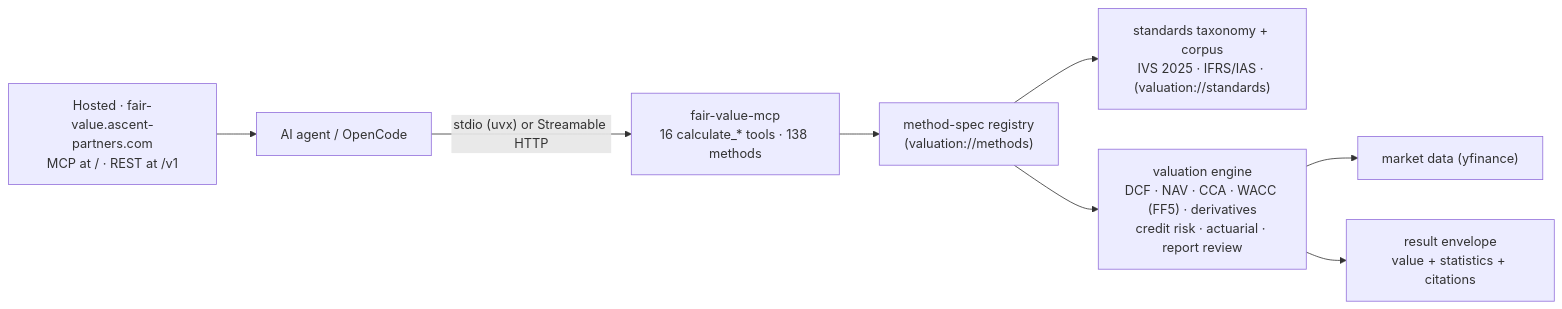
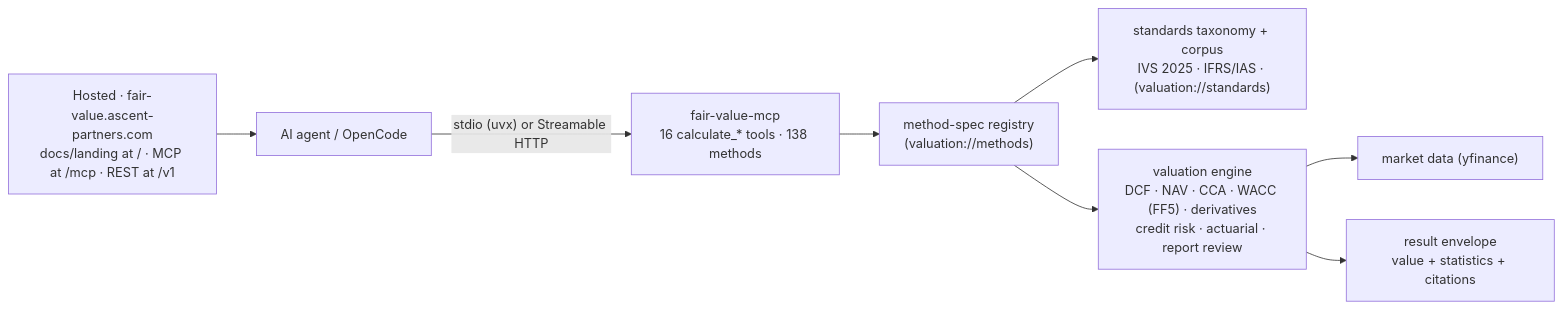
One commit to simonmak-ascent/fair-value changed the first of 4 diagrams in README.md. Above: the diagram before and after it, drawn with Mermaid. The commit also changed other lines of this file and 47 other files, not shown here.

````diff
--- a/README.md
+++ b/README.md
@@ -44,10 +45,10 @@
 ```mermaid
 flowchart LR
   CLIENT["AI agent / OpenCode"] -->|"stdio (uvx) or Streamable HTTP"| MCP["fair-value-mcp<br/>16 calculate_* tools · 138 methods"]
-  HOST["Hosted · fair-value.ascent-partners.com<br/>MCP at / · REST at /v1"] --> CLIENT
+  HOST["Hosted · fair-value.ascent-partners.com<br/>docs/landing at / · MCP at /mcp · REST at /v1"] --> CLIENT
   MCP --> REG["method-spec registry<br/>(valuation://methods)"]
   REG --> STD["standards taxonomy + corpus<br/>IVS 2025 · IFRS/IAS · (valuation://standards)"]
   REG --> CORE["valuation engine<br/>DCF · NAV · CCA · WACC (FF5) · derivatives<br/>credit risk · actuarial · report review"]
   CORE --> DATA["market data (yfinance)"]
   CORE --> ENV["result envelope<br/>value + statistics + citations"]
 ```
````
